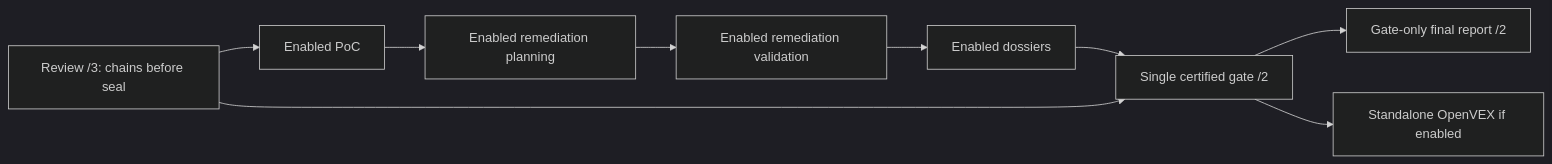
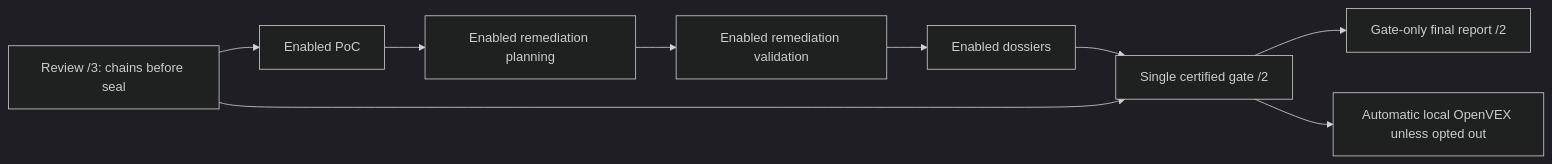
Before and after one commit to wsollers/appsec-review: the second of 3 diagrams in docs/operations/openvex-export.md, drawn with Mermaid (dark theme). The commit also changed other lines of this file and 10 other files, not shown here.

First line of the commit message:
docs: make automatic local OpenVEX policy explicit

````diff
--- a/docs/operations/openvex-export.md
+++ b/docs/operations/openvex-export.md
@@ -182,11 +199,11 @@
 ```mermaid
 flowchart LR
     Review["Review /3: chains before seal"] --> PoC["Enabled PoC"]
     PoC --> Plan["Enabled remediation planning"]
     Plan --> Validate["Enabled remediation validation"]
     Validate --> Dossiers["Enabled dossiers"]
     Dossiers --> Gate["Single certified gate /2"]
     Review --> Gate
     Gate --> Report["Gate-only final report /2"]
-    Gate --> Export["Standalone OpenVEX if enabled"]
+    Gate --> Export["Automatic local OpenVEX unless opted out"]
 ```
````
